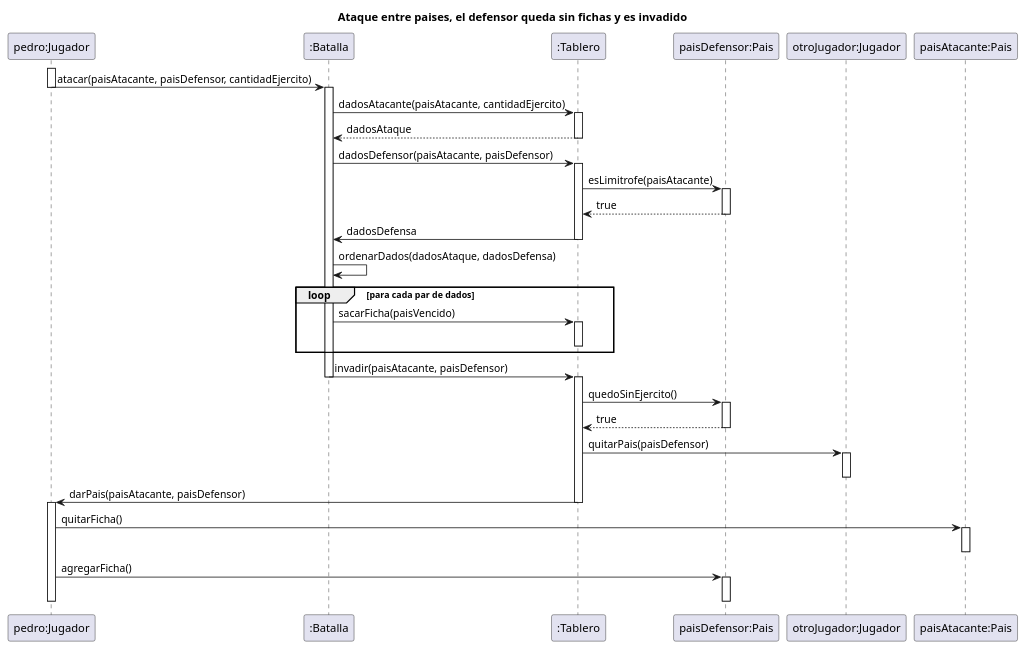
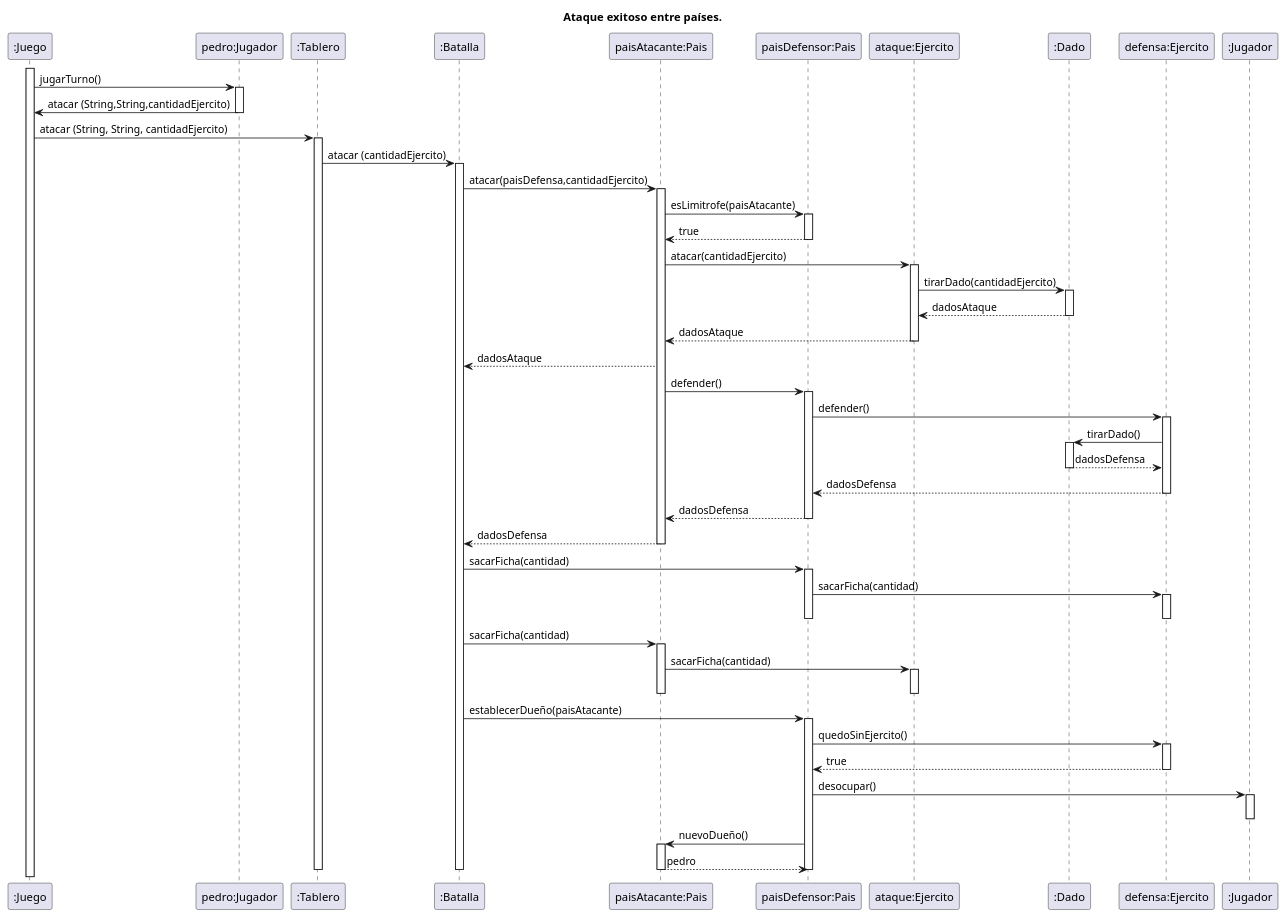
The diagram in diagramas/secuenciaAtaque.wsd (daniela41149/algo3_tp2), drawn with PlantUML before and after one commit. The commit also changed 1 other file, not shown here.

Commit message:
Actualizacion de diagramas

```diff
--- a/diagramas/secuenciaAtaque.wsd
+++ b/diagramas/secuenciaAtaque.wsd
@@ -1,52 +1,76 @@
 @startuml
-title "Ataque entre paises, el defensor queda sin fichas y es invadido"
+title: Ataque exitoso entre países.
+activate ":Juego"
+":Juego" -> "pedro:Jugador" : jugarTurno()
 activate "pedro:Jugador"
-    "pedro:Jugador" ->":Batalla" : atacar(paisAtacante, paisDefensor, cantidadEjercito)
+"pedro:Jugador" -> ":Juego" : atacar (String,String,cantidadEjercito)
 deactivate "pedro:Jugador"
 
+":Juego" -> ":Tablero" : atacar (String, String, cantidadEjercito)
+activate ":Tablero"
+":Tablero" -> ":Batalla": atacar (cantidadEjercito)
 activate ":Batalla"
-    ":Batalla" -> ":Tablero" : dadosAtacante(paisAtacante, cantidadEjercito)
-    /' si la cantidad de ejercito no es suficiente, devuelve una lista de dados vacia'/
-    activate ":Tablero"
-        ":Tablero" --> ":Batalla" : dadosAtaque
-    deactivate ":Tablero"
-    ":Batalla" -> ":Tablero" : dadosDefensor(paisAtacante, paisDefensor)
-    activate ":Tablero"
-        ":Tablero" -> "paisDefensor:Pais" :esLimitrofe(paisAtacante)
-        activate "paisDefensor:Pais"
-            "paisDefensor:Pais" --> ":Tablero" :true
-        deactivate "paisDefensor:Pais"
-        ":Tablero" -> ":Batalla" : dadosDefensa
-        /' si no es limitrofe devuelve una lista de dados vacia '/
-    deactivate ":Tablero"
-    ":Batalla" -> ":Batalla" : ordenarDados(dadosAtaque, dadosDefensa)
-    loop para cada par de dados
-        ":Batalla" -> ":Tablero" : sacarFicha(paisVencido)
-        activate ":Tablero"
-        deactivate ":Tablero"
-    end
-    ":Batalla" -> ":Tablero" : invadir(paisAtacante, paisDefensor)
-    /' este metodo asigna el pais conquistado al jugador atacante'/
+":Batalla" -> "paisAtacante:Pais": atacar(paisDefensa,cantidadEjercito)
+activate "paisAtacante:Pais"
+"paisAtacante:Pais" -> "paisDefensor:Pais": esLimitrofe(paisAtacante)
+activate "paisDefensor:Pais"
+"paisDefensor:Pais" --> "paisAtacante:Pais": true
+deactivate "paisDefensor:Pais"
+"paisAtacante:Pais" -> "ataque:Ejercito": atacar(cantidadEjercito)
+activate "ataque:Ejercito"
+"ataque:Ejercito" -> ":Dado": tirarDado(cantidadEjercito)
+activate ":Dado"
+":Dado" --> "ataque:Ejercito": dadosAtaque
+deactivate ":Dado"
+"ataque:Ejercito" --> "paisAtacante:Pais": dadosAtaque
+deactivate "ataque:Ejercito"
+"paisAtacante:Pais" --> ":Batalla": dadosAtaque
+"paisAtacante:Pais" -> "paisDefensor:Pais": defender()
+activate "paisDefensor:Pais"
+"paisDefensor:Pais" -> "defensa:Ejercito": defender()
+activate "defensa:Ejercito"
+"defensa:Ejercito" -> ":Dado": tirarDado()
+activate ":Dado"
+":Dado" --> "defensa:Ejercito": dadosDefensa
+deactivate ":Dado"
+"defensa:Ejercito" --> "paisDefensor:Pais": dadosDefensa
+deactivate "defensa:Ejercito"
+"paisDefensor:Pais" --> "paisAtacante:Pais": dadosDefensa
+deactivate "paisDefensor:Pais"
+"paisAtacante:Pais" --> ":Batalla": dadosDefensa
+
+deactivate "paisAtacante:Pais"
+
+":Batalla" -> "paisDefensor:Pais" : sacarFicha(cantidad)
+            activate "paisDefensor:Pais"
+"paisDefensor:Pais" -> "defensa:Ejercito": sacarFicha(cantidad)
+activate "defensa:Ejercito"
+deactivate "defensa:Ejercito"
+deactivate "paisDefensor:Pais"
+
+":Batalla" -> "paisAtacante:Pais" : sacarFicha(cantidad)
+            activate "paisAtacante:Pais"
+"paisAtacante:Pais" -> "ataque:Ejercito": sacarFicha(cantidad)
+activate "ataque:Ejercito"
+deactivate "ataque:Ejercito"
+deactivate "paisAtacante:Pais"
+":Batalla" -> "paisDefensor:Pais" : establecerDueño(paisAtacante)
+            activate "paisDefensor:Pais"
+"paisDefensor:Pais" -> "defensa:Ejercito": quedoSinEjercito()
+activate "defensa:Ejercito"
+"defensa:Ejercito" --> "paisDefensor:Pais": true
+deactivate "defensa:Ejercito"
+
+
+"paisDefensor:Pais" -> ":Jugador": desocupar()
+activate ":Jugador"
+deactivate ":Jugador"
+"paisDefensor:Pais" -> "paisAtacante:Pais": nuevoDueño()
+activate "paisAtacante:Pais"
+"paisAtacante:Pais" --> "paisDefensor:Pais": pedro
+deactivate "paisAtacante:Pais"
+deactivate "paisDefensor:Pais"
 deactivate ":Batalla"
-
-activate ":Tablero"
-    ":Tablero" -> "paisDefensor:Pais" : quedoSinEjercito()
-    activate "paisDefensor:Pais"
-        "paisDefensor:Pais" --> ":Tablero" : true
-    deactivate "paisDefensor:Pais"
-    ":Tablero" -> "otroJugador:Jugador" : quitarPais(paisDefensor)
-    activate "otroJugador:Jugador"
-    deactivate "otroJugador:Jugador"
-    ":Tablero" -> "pedro:Jugador" : darPais(paisAtacante, paisDefensor)
 deactivate ":Tablero"
-
-activate "pedro:Jugador"
-    "pedro:Jugador" -> "paisAtacante:Pais" :quitarFicha()
-    activate "paisAtacante:Pais"
-    deactivate "paisAtacante:Pais"
-    "pedro:Jugador" -> "paisDefensor:Pais" :agregarFicha()
-    activate "paisDefensor:Pais"
-    deactivate "paisDefensor:Pais"
 deactivate "pedro:Jugador"
-
 @enduml
```
